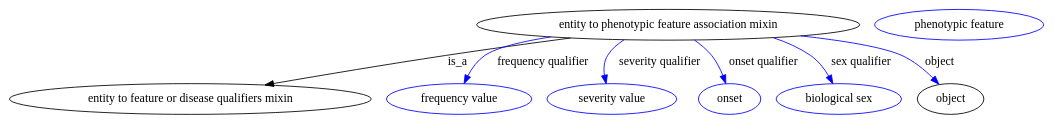
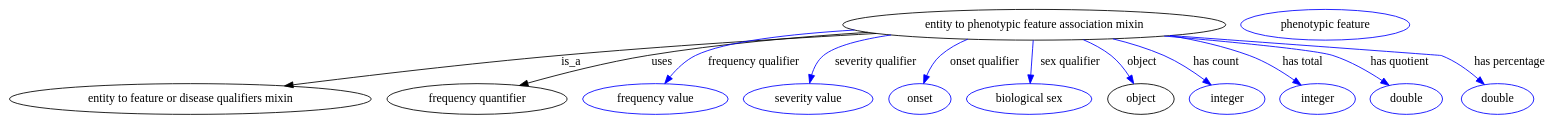
The diagram in graphviz/entity_to_phenotypic_feature_association_mixin.gv (biolink/biolink-model), drawn with Graphviz before and after one commit. The commit also changed 35 other files, not shown here.

```diff
--- a/graphviz/entity_to_phenotypic_feature_association_mixin.gv
+++ b/graphviz/entity_to_phenotypic_feature_association_mixin.gv
@@ -1,67 +1,113 @@
 digraph {
-	graph [bb="0,0,1210.7,123"];
+	graph [bb="0,0,1808.9,123"];
 	node [label="\N"];
 	"entity to phenotypic feature association mixin"	[height=0.5,
 		label="entity to phenotypic feature association mixin",
-		pos="770.88,105",
+		pos="1197.9,105",
 		width=6.2286];
 	"entity to feature or disease qualifiers mixin"	[height=0.5,
 		pos="211.88,18",
 		width=5.8856];
 	"entity to phenotypic feature association mixin" -> "entity to feature or disease qualifiers mixin"	[label=is_a,
-		lp="524.88,61.5",
-		pos="e,299.42,34.394 656.86,89.451 611.4,83.441 558.62,76.203 510.88,69 443.48,58.831 367.76,46.155 309.38,36.11"];
+		lp="655.88,61.5",
+		pos="e,321.74,33.397 1012.7,94.799 904.46,88.809 765.31,80.053 641.88,69 536.93,59.602 417.97,45.501 331.82,34.668"];
+	"frequency quantifier"	[height=0.5,
+		pos="546.88,18",
+		width=2.9247];
+	"entity to phenotypic feature association mixin" -> "frequency quantifier"	[label=uses,
+		lp="761.38,61.5",
+		pos="e,596.43,34.013 1002.2,96.176 922.06,91.081 828.66,82.712 744.88,69 697.63,61.266 645.13,47.776 606.06,36.757"];
 	"frequency qualifier"	[color=blue,
 		height=0.5,
 		label="frequency value",
-		pos="526.88,18",
+		pos="754.88,18",
 		width=2.3651];
 	"entity to phenotypic feature association mixin" -> "frequency qualifier"	[color=blue,
 		label="frequency qualifier",
-		lp="623.88,61.5",
-		pos="e,532.42,36.068 632.62,90.806 599.44,85.567 569.62,78.468 555.88,69 547.51,63.23 541.22,54.193 536.68,45.379",
+		lp="868.88,61.5",
+		pos="e,765.53,36.002 986.58,98.963 910.12,94.291 834.36,85.484 800.88,69 789.42,63.359 779.43,53.544 771.71,44.096",
 		style=solid];
 	"severity qualifier"	[color=blue,
 		height=0.5,
 		label="severity value",
-		pos="705.88,18",
+		pos="933.88,18",
 		width=2.1123];
 	"entity to phenotypic feature association mixin" -> "severity qualifier"	[color=blue,
 		label="severity qualifier",
-		lp="760.88,61.5",
-		pos="e,698.73,35.931 719.17,87.291 711.5,82.575 704.6,76.585 699.88,69 695.64,62.186 695.22,53.831 696.41,45.916",
+		lp="1011.9,61.5",
+		pos="e,935.26,36.415 1029.3,93.127 994.63,87.945 964.51,80.295 950.88,69 944.06,63.344 939.96,54.828 937.51,46.419",
 		style=solid];
 	"onset qualifier"	[color=blue,
 		height=0.5,
 		label=onset,
-		pos="842.88,18",
+		pos="1063.9,18",
 		width=1.011];
 	"entity to phenotypic feature association mixin" -> "onset qualifier"	[color=blue,
 		label="onset qualifier",
-		lp="882.38,61.5",
-		pos="e,838.4,36.046 801.56,87.12 808.91,82.02 816.25,75.911 821.88,69 827.46,62.149 831.77,53.602 834.99,45.523",
+		lp="1139.4,61.5",
+		pos="e,1068.2,35.996 1120,88.093 1108.4,83.308 1097.2,77.087 1087.9,69 1080.8,62.825 1075.6,54.075 1071.9,45.618",
 		style=solid];
 	"sex qualifier"	[color=blue,
 		height=0.5,
 		label="biological sex",
-		pos="970.88,18",
+		pos="1191.9,18",
 		width=2.0401];
 	"entity to phenotypic feature association mixin" -> "sex qualifier"	[color=blue,
 		label="sex qualifier",
-		lp="996.88,61.5",
-		pos="e,963.88,35.933 894.01,89.812 909.57,84.749 924.65,77.993 937.88,69 946.69,63.011 953.73,53.811 959.01,44.928",
+		lp="1239.9,61.5",
+		pos="e,1193.1,36.175 1196.7,86.799 1195.8,75.163 1194.7,59.548 1193.8,46.237",
 		style=solid];
 	object	[height=0.5,
-		pos="1100.9,18",
+		pos="1321.9,18",
 		width=1.0832];
 	"entity to phenotypic feature association mixin" -> object	[color=blue,
 		label=object,
-		lp="1088.9,61.5",
-		pos="e,1087.5,35.345 927.08,92.017 976.02,86.544 1023,79.001 1044.9,69 1058.3,62.879 1070.8,52.401 1080.6,42.612",
+		lp="1323.9,61.5",
+		pos="e,1313.8,35.799 1255.4,87.599 1266.9,82.742 1278.3,76.621 1287.9,69 1296.2,62.401 1303.2,53.233 1308.7,44.548",
+		style=solid];
+	"has count"	[color=blue,
+		height=0.5,
+		label=integer,
+		pos="1422.9,18",
+		width=1.2277];
+	"entity to phenotypic feature association mixin" -> "has count"	[color=blue,
+		label="has count",
+		lp="1410.9,61.5",
+		pos="e,1404.5,34.467 1290.1,88.587 1310.3,83.627 1331.2,77.214 1349.9,69 1366.4,61.761 1383.1,50.657 1396.3,40.751",
+		style=solid];
+	"has total"	[color=blue,
+		height=0.5,
+		label=integer,
+		pos="1528.9,18",
+		width=1.2277];
+	"entity to phenotypic feature association mixin" -> "has total"	[color=blue,
+		label="has total",
+		lp="1511.4,61.5",
+		pos="e,1509.7,34.483 1357.3,92.318 1388.6,87.124 1420.7,79.673 1449.9,69 1468.2,62.296 1486.7,50.88 1501.2,40.648",
+		style=solid];
+	"has quotient"	[color=blue,
+		height=0.5,
+		label=double,
+		pos="1632.9,18",
+		width=1.1735];
+	"entity to phenotypic feature association mixin" -> "has quotient"	[color=blue,
+		label="has quotient",
+		lp="1624.9,61.5",
+		pos="e,1612.9,33.982 1350.3,91.721 1435.2,84.34 1527.7,75.205 1546.9,69 1567.4,62.353 1588.4,50.294 1604.5,39.684",
+		style=solid];
+	"has percentage"	[color=blue,
+		height=0.5,
+		label=double,
+		pos="1739.9,18",
+		width=1.1735];
+	"entity to phenotypic feature association mixin" -> "has percentage"	[color=blue,
+		label="has percentage",
+		lp="1753.9,61.5",
+		pos="e,1724.4,34.898 1357.5,92.329 1495.6,82.219 1673.4,69.179 1673.9,69 1689.7,63.02 1705,51.955 1716.8,41.751",
 		style=solid];
 	"entity to phenotypic feature association mixin_object"	[color=blue,
 		height=0.5,
 		label="phenotypic feature",
-		pos="1111.9,105",
+		pos="1538.9,105",
 		width=2.7442];
 }
```
